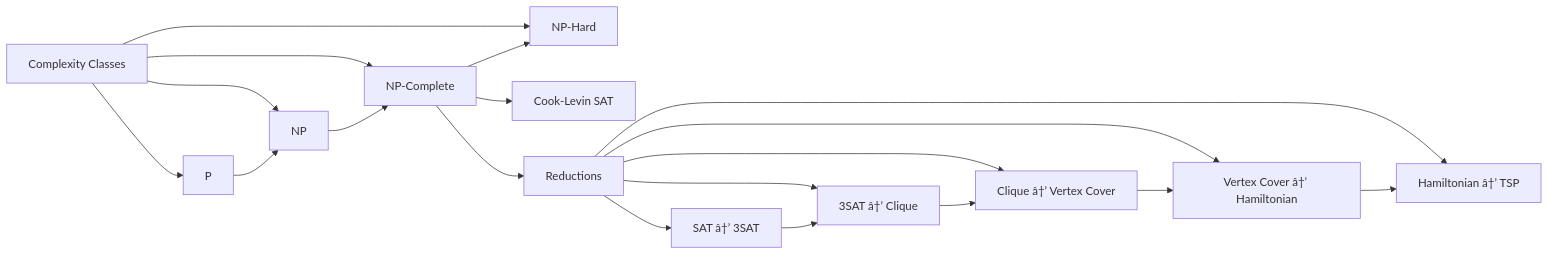
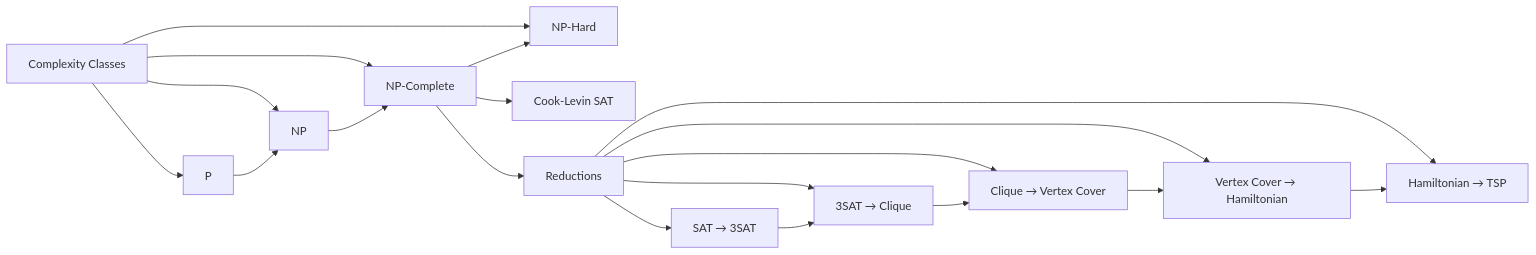
The diagram in docs/courses/algorithms/15-np-completeness.md (Raushan666java/ai-engineering-journey), drawn with Mermaid before and after one commit. The commit also changed other lines of this file and 965 other files, not shown here.

````diff
--- a/docs/courses/algorithms/15-np-completeness.md
+++ b/docs/courses/algorithms/15-np-completeness.md
@@ -60,21 +60,21 @@
 ```mermaid
 flowchart LR
     A[Complexity Classes] --> B[P]
     A --> C[NP]
     A --> D[NP-Complete]
     A --> E[NP-Hard]
     B --> C
     C --> D
     D --> E
     D --> F[Cook-Levin SAT]
     D --> G[Reductions]
-    G --> H[SAT â†’ 3SAT]
-    G --> I[3SAT â†’ Clique]
-    G --> J[Clique â†’ Vertex Cover]
-    G --> K[Vertex Cover â†’ Hamiltonian]
-    G --> L[Hamiltonian â†’ TSP]
+    G --> H[SAT → 3SAT]
+    G --> I[3SAT → Clique]
+    G --> J[Clique → Vertex Cover]
+    G --> K[Vertex Cover → Hamiltonian]
+    G --> L[Hamiltonian → TSP]
     H --> I
     I --> J
     J --> K
     K --> L
 ```
````
